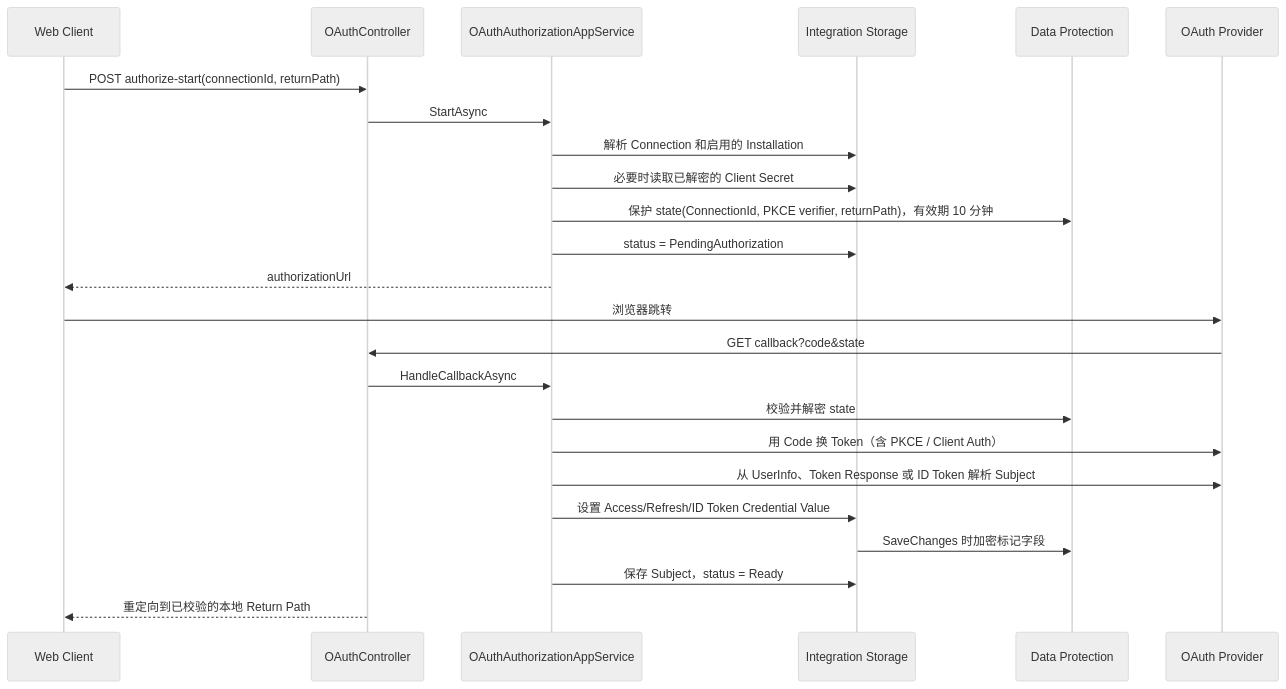
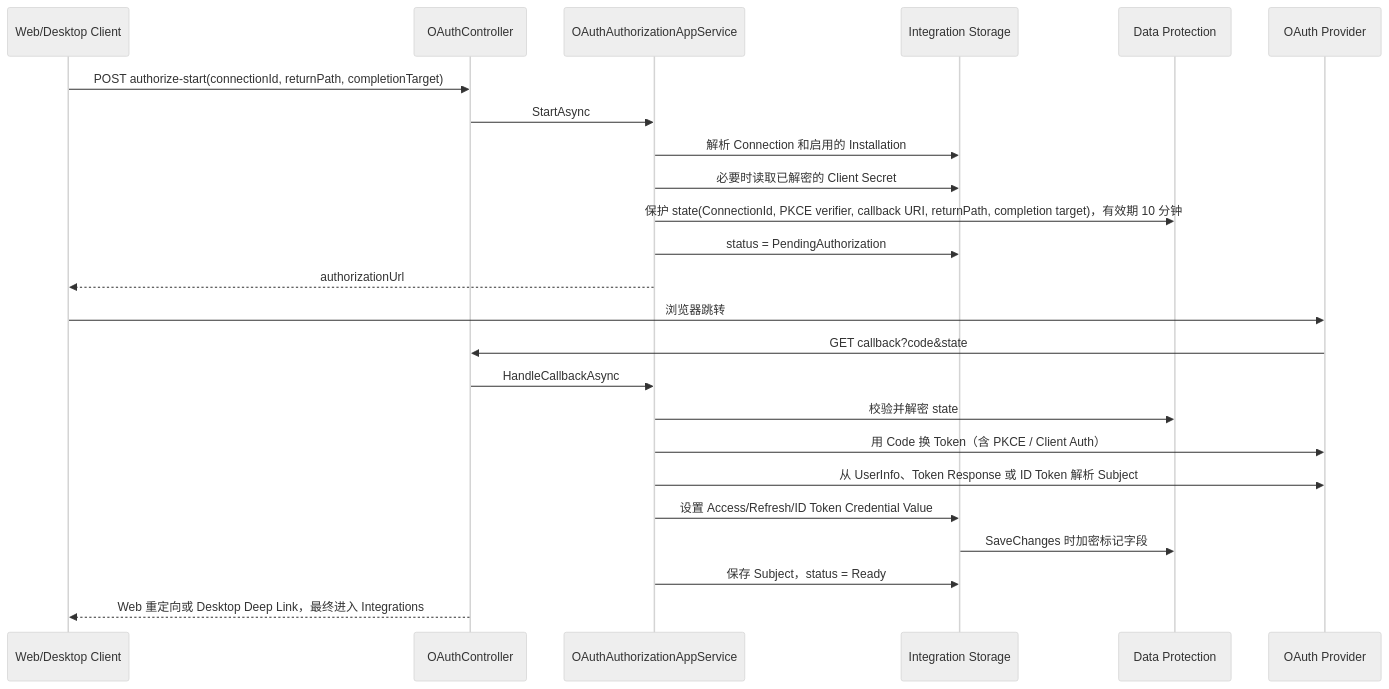
Before and after one commit to zxyao145/agw: the third of 4 diagrams in src/server/Agw.Integrations/README.zh-CN.md, drawn with Mermaid (neutral theme). The commit also changed other lines of this file and 396 other files, not shown here.

````diff
--- a/src/server/Agw.Integrations/README.zh-CN.md
+++ b/src/server/Agw.Integrations/README.zh-CN.md
@@ -306,27 +306,27 @@
 ```mermaid
 sequenceDiagram
-    participant UI as Web Client
+    participant UI as Web/Desktop Client
     participant API as OAuthController
     participant App as OAuthAuthorizationAppService
     participant DB as Integration Storage
     participant DP as Data Protection
     participant Provider as OAuth Provider
 
-    UI->>API: POST authorize-start(connectionId, returnPath)
+    UI->>API: POST authorize-start(connectionId, returnPath, completionTarget)
     API->>App: StartAsync
     App->>DB: 解析 Connection 和启用的 Installation
     App->>DB: 必要时读取已解密的 Client Secret
-    App->>DP: 保护 state(ConnectionId, PKCE verifier, returnPath)，有效期 10 分钟
+    App->>DP: 保护 state(ConnectionId, PKCE verifier, callback URI, returnPath, completion target)，有效期 10 分钟
     App->>DB: status = PendingAuthorization
     App-->>UI: authorizationUrl
     UI->>Provider: 浏览器跳转
     Provider->>API: GET callback?code&state
     API->>App: HandleCallbackAsync
     App->>DP: 校验并解密 state
     App->>Provider: 用 Code 换 Token（含 PKCE / Client Auth）
     App->>Provider: 从 UserInfo、Token Response 或 ID Token 解析 Subject
     App->>DB: 设置 Access/Refresh/ID Token Credential Value
     DB->>DP: SaveChanges 时加密标记字段
     App->>DB: 保存 Subject，status = Ready
-    API-->>UI: 重定向到已校验的本地 Return Path
+    API-->>UI: Web 重定向或 Desktop Deep Link，最终进入 Integrations
 ```
````
